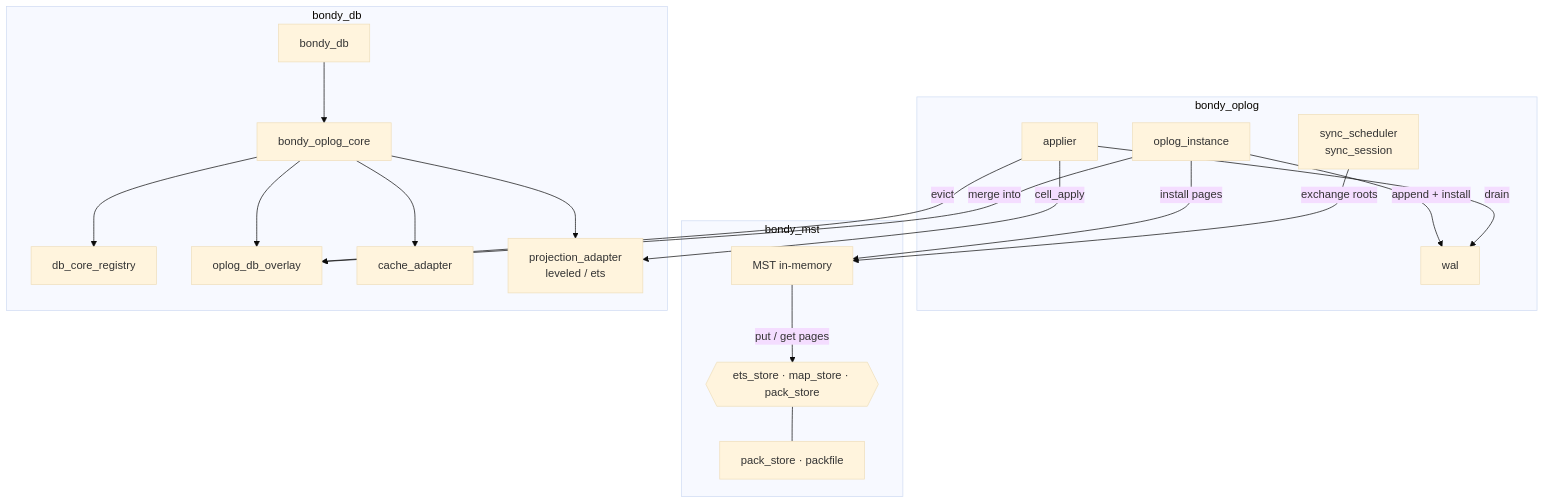
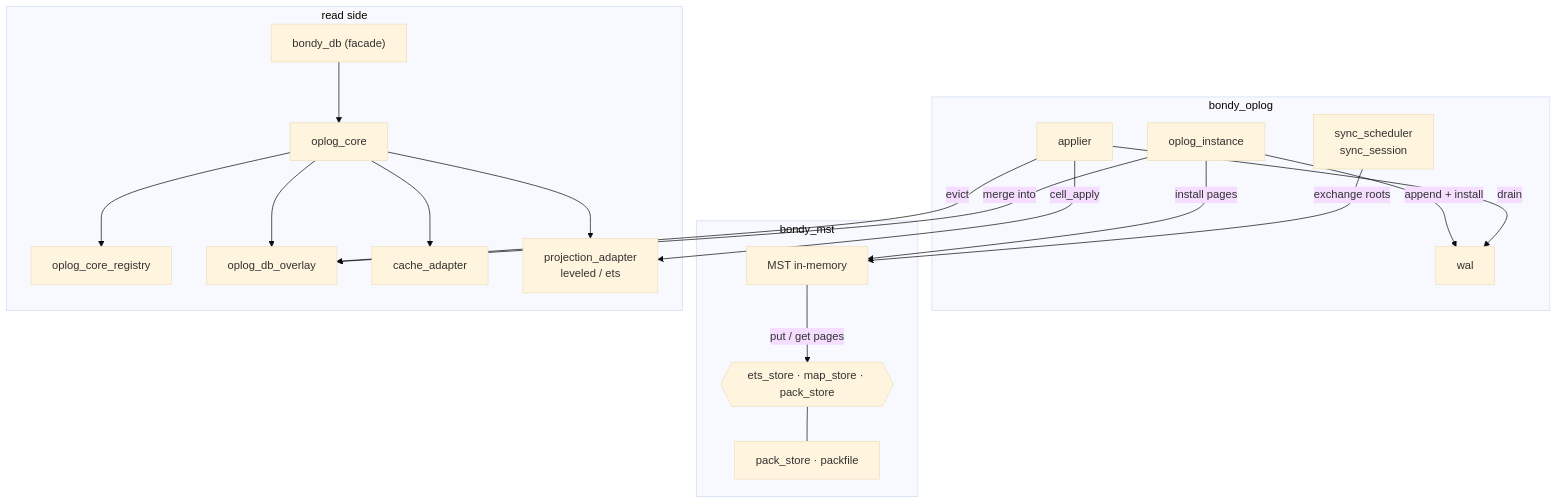
The fifth of 5 diagrams in apps/bondy_db/doc_extras/architecture/00_overview.md (bondy-io/bondy), drawn with Mermaid (base theme) before and after one commit. The commit also changed other lines of this file and 55 other files, not shown here.

````diff
--- a/apps/bondy_db/doc_extras/architecture/00_overview.md
+++ b/apps/bondy_db/doc_extras/architecture/00_overview.md
@@ -187,39 +187,39 @@
 ```mermaid
 flowchart TB
     subgraph BONDY_OPLOG["bondy_oplog"]
         OPLOG_INST["oplog_instance"]
         WAL["wal"]
         SYNC["sync_scheduler<br/>sync_session"]
         APP["applier"]
     end
     subgraph BONDY_MST["bondy_mst"]
         TREE["MST in-memory"]
         PSTORE["pack_store · packfile"]
         STORES{{"ets_store · map_store · pack_store"}}
     end
-    subgraph BONDY_DB["bondy_db"]
-        FACADE["bondy_db"]
-        CORE["bondy_oplog_core"]
-        REG["db_core_registry"]
+    subgraph BONDY_DB["read side"]
+        FACADE["bondy_db (facade)"]
+        CORE["oplog_core"]
+        REG["oplog_core_registry"]
         OVERLAY["oplog_db_overlay"]
         CACHE["cache_adapter"]
         PROJ["projection_adapter<br/>leveled / ets"]
     end
 
     OPLOG_INST -->|"append + install"| WAL
     OPLOG_INST -->|"install pages"| TREE
     TREE -->|"put / get pages"| STORES
     STORES --- PSTORE
     APP -->|"drain"| WAL
     APP -->|"cell_apply"| PROJ
     APP -->|"evict"| OVERLAY
     SYNC -->|"exchange roots"| TREE
 
     FACADE --> CORE
     CORE --> REG
     CORE --> CACHE
     CORE --> OVERLAY
     CORE --> PROJ
 
     OPLOG_INST -->|"merge into"| OVERLAY
 ```
````
